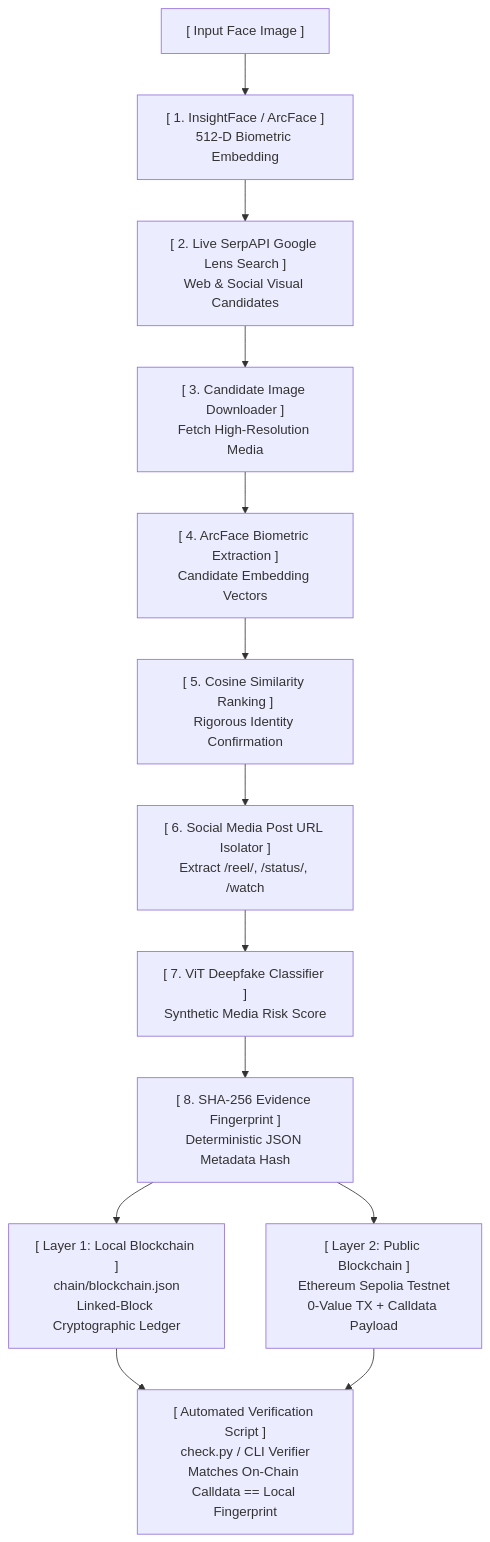
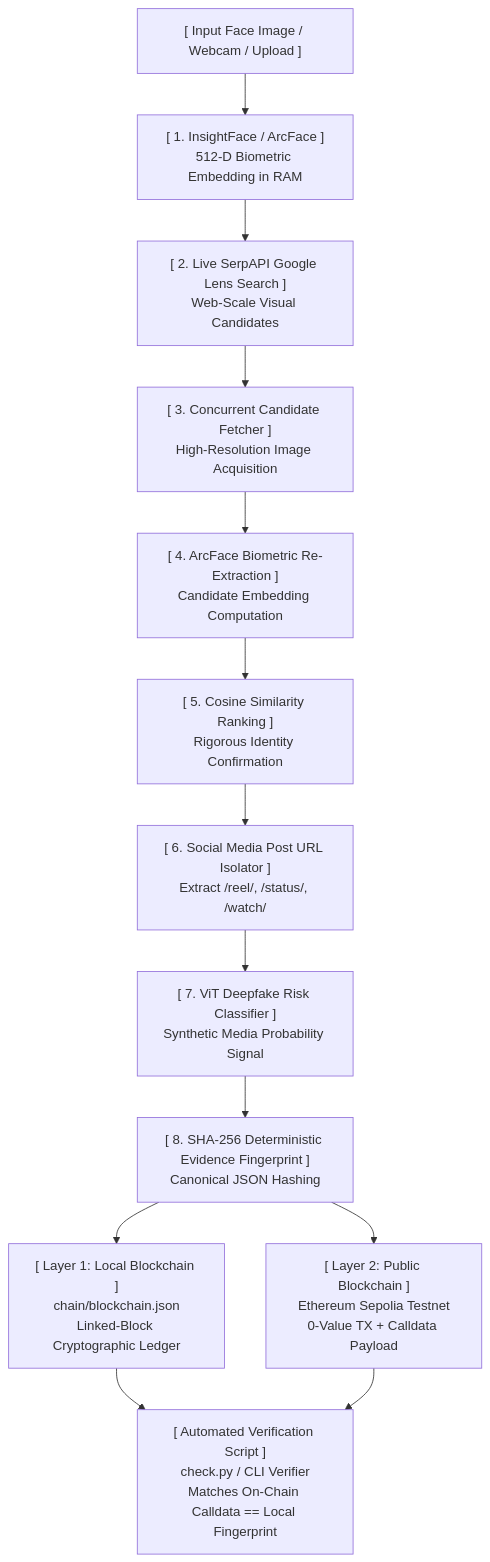
Before and after one commit to Rishikvelagapudi/FaceID: the diagram in README.md, drawn with Mermaid. The commit also changed other lines of this file and 11 other files, not shown here.

````diff
--- a/README.md
+++ b/README.md
@@ -45,15 +50,15 @@
 ```mermaid
 flowchart TD
-    A["[ Input Face Image ]"] --> B["[ 1. InsightFace / ArcFace ]\n512-D Biometric Embedding"]
-    B --> C["[ 2. Live SerpAPI Google Lens Search ]\nWeb & Social Visual Candidates"]
-    C --> D["[ 3. Candidate Image Downloader ]\nFetch High-Resolution Media"]
-    D --> E["[ 4. ArcFace Biometric Extraction ]\nCandidate Embedding Vectors"]
-    E --> F["[ 5. Cosine Similarity Ranking ]\nRigorous Identity Confirmation"]
-    F --> G["[ 6. Social Media Post URL Isolator ]\nExtract /reel/, /status/, /watch"]
-    G --> H["[ 7. ViT Deepfake Classifier ]\nSynthetic Media Risk Score"]
-    H --> I["[ 8. SHA-256 Evidence Fingerprint ]\nDeterministic JSON Metadata Hash"]
-    I --> J1["[ Layer 1: Local Blockchain ]\nchain/blockchain.json\nLinked-Block Cryptographic Ledger"]
-    I --> J2["[ Layer 2: Public Blockchain ]\nEthereum Sepolia Testnet\n0-Value TX + Calldata Payload"]
-    J1 --> K["[ Automated Verification Script ]\ncheck.py / CLI Verifier\nMatches On-Chain Calldata == Local Fingerprint"]
+    A["[ Input Face Image / Webcam / Upload ]"] --> B["[ 1. InsightFace / ArcFace ]<br/>512-D Biometric Embedding in RAM"]
+    B --> C["[ 2. Live SerpAPI Google Lens Search ]<br/>Web-Scale Visual Candidates"]
+    C --> D["[ 3. Concurrent Candidate Fetcher ]<br/>High-Resolution Image Acquisition"]
+    D --> E["[ 4. ArcFace Biometric Re-Extraction ]<br/>Candidate Embedding Computation"]
+    E --> F["[ 5. Cosine Similarity Ranking ]<br/>Rigorous Identity Confirmation"]
+    F --> G["[ 6. Social Media Post URL Isolator ]<br/>Extract /reel/, /status/, /watch/"]
+    G --> H["[ 7. ViT Deepfake Risk Classifier ]<br/>Synthetic Media Probability Signal"]
+    H --> I["[ 8. SHA-256 Deterministic Evidence Fingerprint ]<br/>Canonical JSON Hashing"]
+    I --> J1["[ Layer 1: Local Blockchain ]<br/>chain/blockchain.json<br/>Linked-Block Cryptographic Ledger"]
+    I --> J2["[ Layer 2: Public Blockchain ]<br/>Ethereum Sepolia Testnet<br/>0-Value TX + Calldata Payload"]
+    J1 --> K["[ Automated Verification Script ]<br/>check.py / CLI Verifier<br/>Matches On-Chain Calldata == Local Fingerprint"]
     J2 --> K
 ```
````
